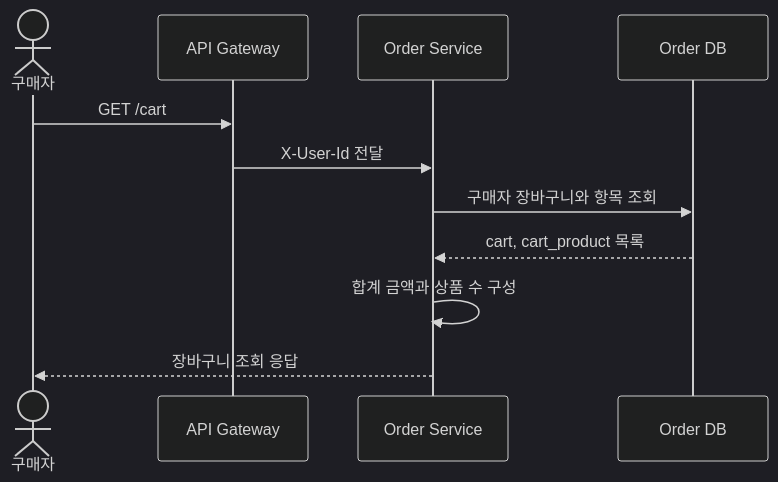
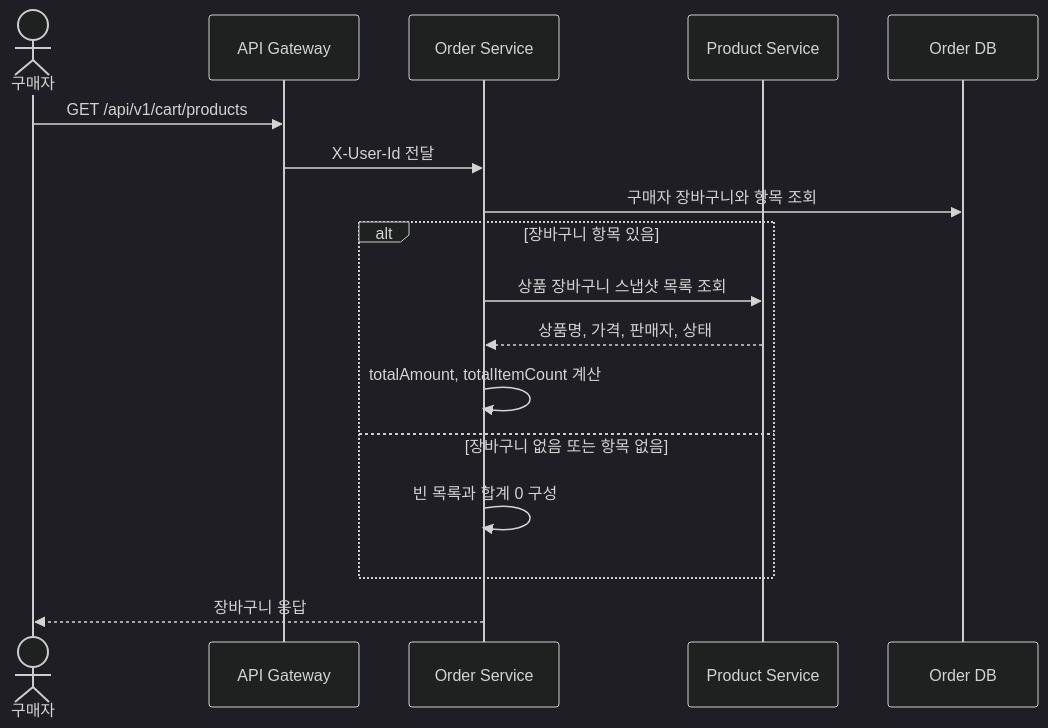
One commit to prgrms-be-adv-devcourse/beadv6_6_3JMT_BE changed the first of 15 diagrams in docs/architecture/order-usecase-detail.md. Above: the diagram before and after it, drawn with Mermaid (dark theme). The commit also changed other lines of this file and 3 other files, not shown here.

Commit message:
docs: order-service 문서 현행화

````diff
--- a/docs/architecture/order-usecase-detail.md
+++ b/docs/architecture/order-usecase-detail.md
@@ -17,14 +16,20 @@
 ```mermaid
 sequenceDiagram
     actor Buyer as 구매자
     participant Gateway as API Gateway
     participant Order as Order Service
+    participant Product as Product Service
     participant DB as Order DB
 
-    Buyer->>Gateway: GET /cart
+    Buyer->>Gateway: GET /api/v1/cart/products
     Gateway->>Order: X-User-Id 전달
     Order->>DB: 구매자 장바구니와 항목 조회
-    DB-->>Order: cart, cart_product 목록
-    Order->>Order: 합계 금액과 상품 수 구성
-    Order-->>Buyer: 장바구니 조회 응답
+    alt 장바구니 항목 있음
+        Order->>Product: 상품 장바구니 스냅샷 목록 조회
+        Product-->>Order: 상품명, 가격, 판매자, 상태
+        Order->>Order: totalAmount, totalItemCount 계산
+    else 장바구니 없음 또는 항목 없음
+        Order->>Order: 빈 목록과 합계 0 구성
+    end
+    Order-->>Buyer: 장바구니 응답
 ```
````
